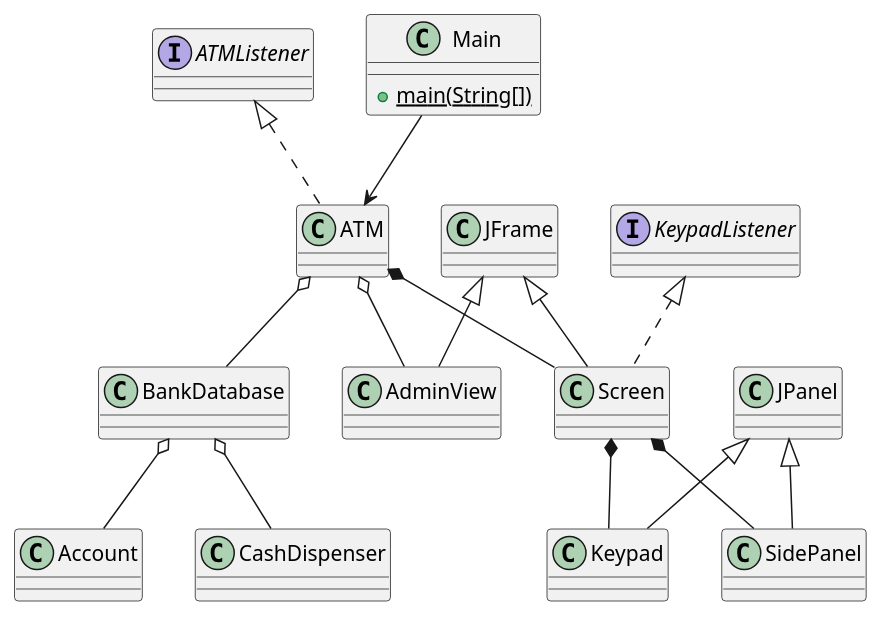
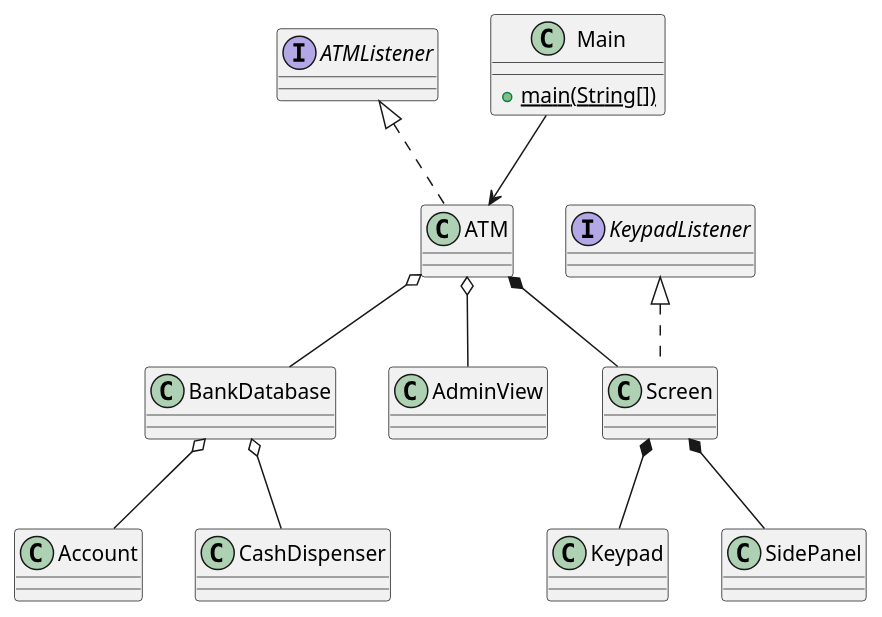
Before and after one commit to Halfpipe-SD/ATM: the diagram in diagrams/class.plantuml, drawn with PlantUML. The commit also changed 1 other file, not shown here.

Commit message:
Removed JFrame and JPanel from class diagram

```diff
--- a/diagrams/class.plantuml
+++ b/diagrams/class.plantuml
@@ -1,32 +1,32 @@
 @startuml Klassendiagram
 
 interface ATMListener
 interface KeypadListener
 
 class Main {
   {static} +main(String[])
 }
 class ATM implements ATMListener
 class BankDatabase
 class Account 
-class Keypad extends JPanel
+class Keypad 
 class CashDispenser
-class Screen extends JFrame implements KeypadListener
-class SidePanel extends JPanel
-class AdminView extends JFrame
+class Screen implements KeypadListener
+class SidePanel 
+class AdminView 
 
 Main --> ATM
 ATM o-- BankDatabase
 ATM *-- Screen
 ATM o-- AdminView
 BankDatabase o-- Account
 BankDatabase o-- CashDispenser
 Screen *-- Keypad
 Screen *-- SidePanel
 
 ' class InvalidModeException extends Exception
 ' class InvalidTransactionException extends Exception
 ' class LoginFailedException extends Exception
 
 
 @enduml
```
